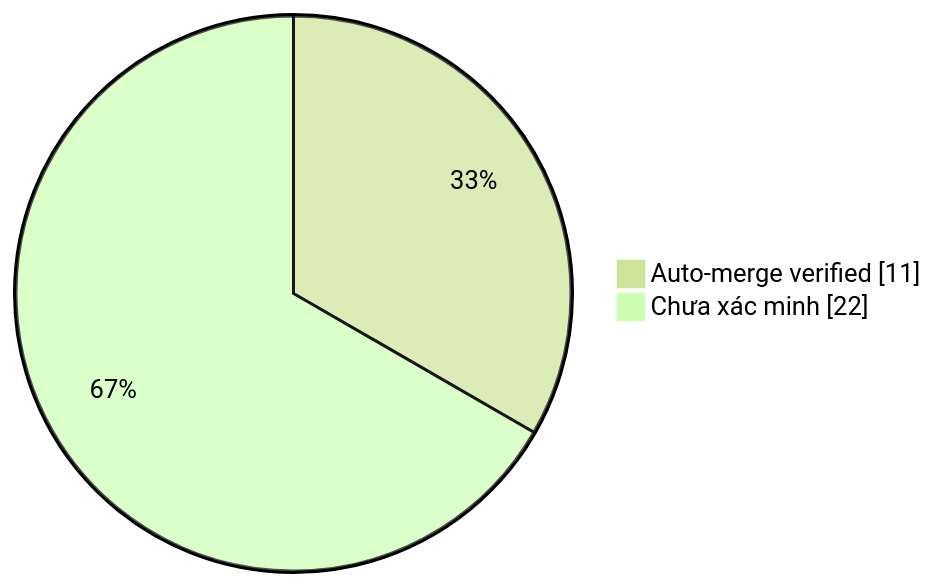
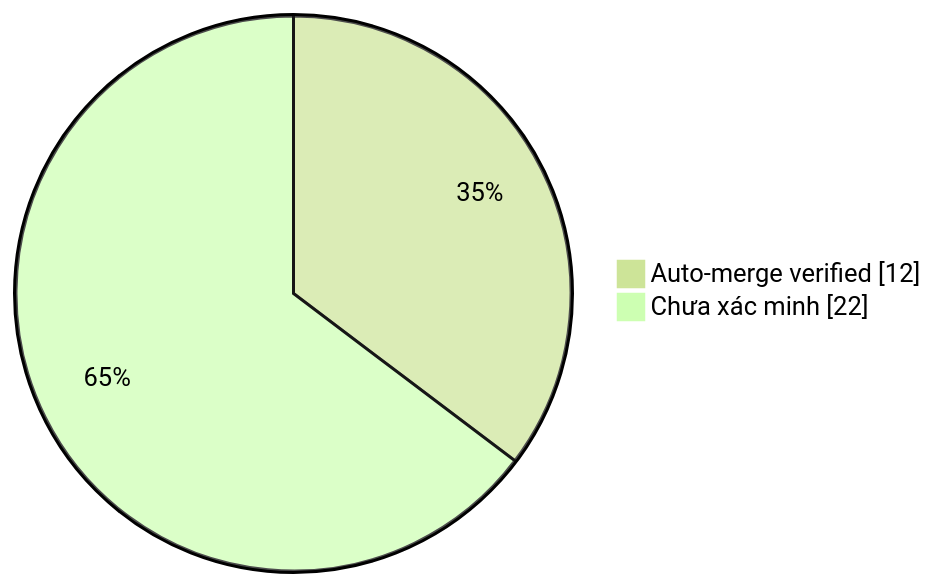
The diagram in collector.md (duykhang68/tetdinhmuiblog), drawn with Mermaid (forest theme) before and after one commit. The commit also changed other lines of this file and 1 other file, not shown here.

Commit message:
docs(collector): update auto-merge evidence dashboard

````diff
--- a/collector.md
+++ b/collector.md
@@ -22,5 +22,5 @@
 ```mermaid
 pie showData
-    "Auto-merge verified" : 11
+    "Auto-merge verified" : 12
     "Chưa xác minh" : 22
 ```
````
